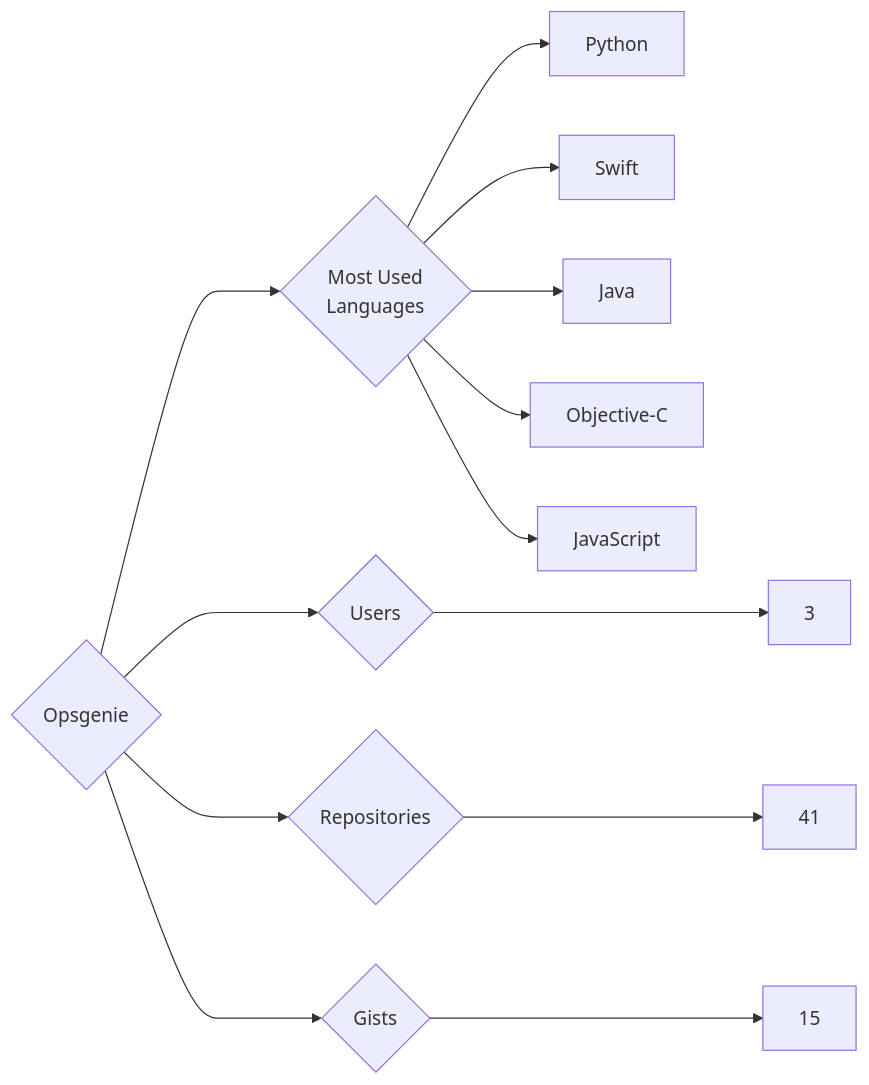
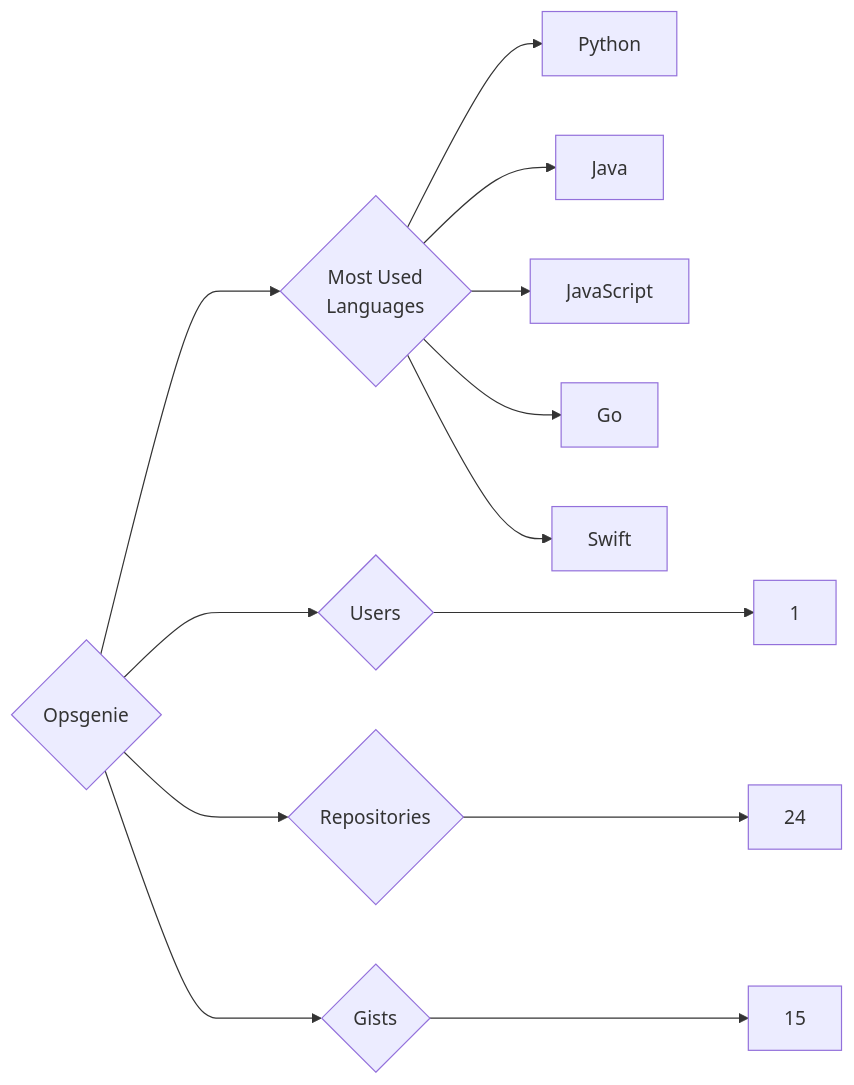
One commit to trickest/insiders changed the diagram in targets/Opsgenie/README.md. Above: the diagram before and after it, drawn with Mermaid. The commit also changed 955 other files, not shown here.

````diff
--- a/targets/Opsgenie/README.md
+++ b/targets/Opsgenie/README.md
@@ -3,13 +3,13 @@
 ```mermaid
 graph LR
 COMPANY_NAME{Opsgenie}
-COMPANY_NAME ---> U{Users} ---> UN[3]
-COMPANY_NAME ---> R{Repositories} ---> RN[41]
+COMPANY_NAME ---> U{Users} ---> UN[1]
+COMPANY_NAME ---> R{Repositories} ---> RN[24]
 COMPANY_NAME ---> G{Gists} ---> GN[15]
 COMPANY_NAME ---> ML{Most Used<br>Languages}
 ML --> Python[Python]
+ML --> Java[Java]
+ML --> JavaScript[JavaScript]
+ML --> Go[Go]
 ML --> Swift[Swift]
-ML --> Java[Java]
-ML --> Objective-C[Objective-C]
-ML --> JavaScript[JavaScript]
 ```
````
